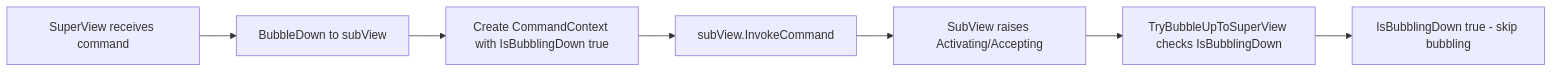
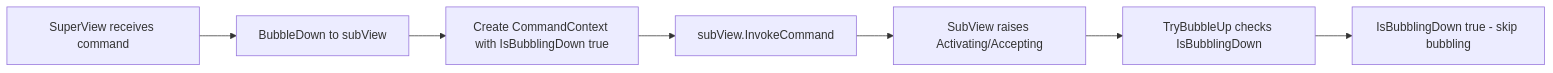
Before and after one commit to gui-cs/Terminal.Gui: the third of 4 diagrams in docfx/docs/command.md, drawn with Mermaid. The commit also changed other lines of this file and 15 other files, not shown here.

````diff
--- a/docfx/docs/command.md
+++ b/docfx/docs/command.md
@@ -264,9 +264,9 @@
 ```mermaid
 flowchart LR
     super[SuperView receives command] --> bubble_down[BubbleDown to subView]
     bubble_down --> new_ctx[Create CommandContext with IsBubblingDown true]
     new_ctx --> invoke[subView.InvokeCommand]
     invoke --> raise[SubView raises Activating/Accepting]
-    raise --> try_bubble[TryBubbleUpToSuperView checks IsBubblingDown]
+    raise --> try_bubble[TryBubbleUp checks IsBubblingDown]
     try_bubble --> skip[IsBubblingDown true - skip bubbling]
 ```
````
